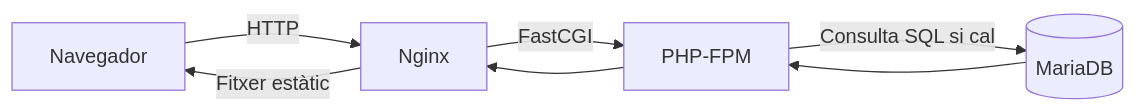
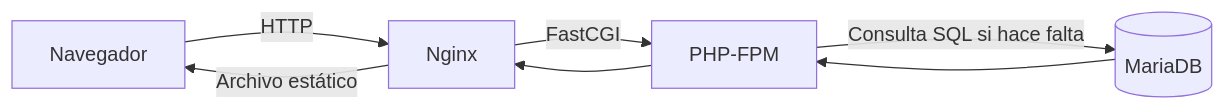
One commit to jossanmar9/apunts-asir changed the diagram in docs/iaw/01-arquitectura.md. Above: the diagram before and after it, drawn with Mermaid. The commit also changed other lines of this file and 32 other files, not shown here.

````diff
--- a/docs/iaw/01-arquitectura.md
+++ b/docs/iaw/01-arquitectura.md
@@ -22,9 +22,9 @@
 ```mermaid
 flowchart LR
     N[Navegador] -->|HTTP| W[Nginx]
-    W -->|Fitxer estàtic| N
+    W -->|Archivo estático| N
     W -->|FastCGI| P[PHP-FPM]
-    P -->|Consulta SQL si cal| D[(MariaDB)]
+    P -->|Consulta SQL si hace falta| D[(MariaDB)]
     D --> P
     P --> W
 ```
````
